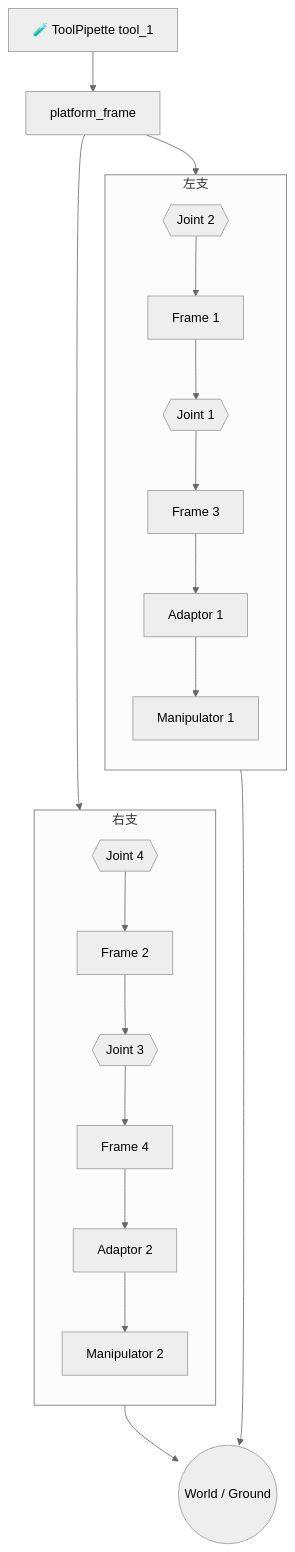
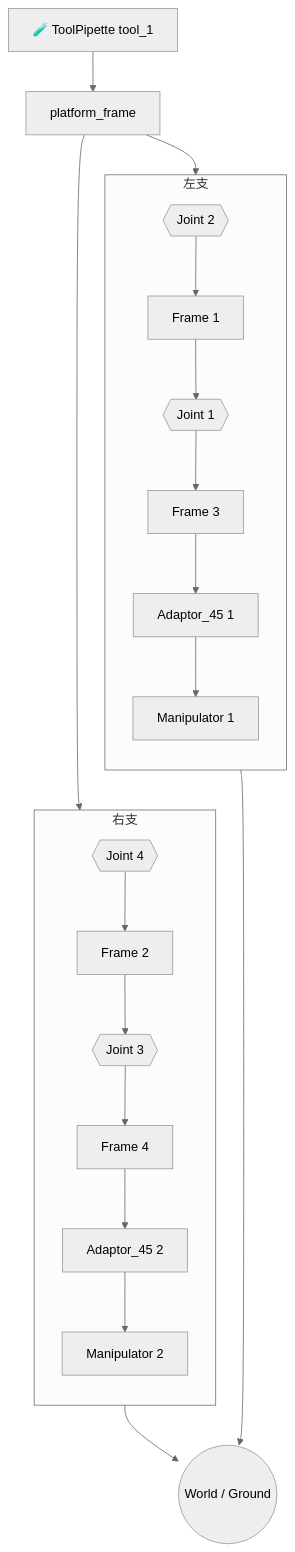
One commit to Axiom117/mrex_symbolic_kinematics changed the diagram in specs/dsl/cases/mrex_3t2r_v03/README.md. Above: the diagram before and after it, drawn with Mermaid (neutral theme). The commit also changed other lines of this file and 38 other files, not shown here.

````diff
--- a/specs/dsl/cases/mrex_3t2r_v03/README.md
+++ b/specs/dsl/cases/mrex_3t2r_v03/README.md
@@ -30,26 +30,26 @@
 ```mermaid
 flowchart TD
     tool[🧪 ToolPipette tool_1] --> pf[platform_frame]
 
     subgraph left["左支"]
         direction TB
-        j2{{Joint 2}} --> f1[Frame 1] --> j1{{Joint 1}} --> f3[Frame 3] --> a1[Adaptor 1] --> m1[Manipulator 1]
+        j2{{Joint 2}} --> f1[Frame 1] --> j1{{Joint 1}} --> f3[Frame 3] --> a1[Adaptor_45 1] --> m1[Manipulator 1]
     end
 
     subgraph right["右支"]
         direction TB
-        j4{{Joint 4}} --> f2[Frame 2] --> j3{{Joint 3}} --> f4[Frame 4] --> a2[Adaptor 2] --> m2[Manipulator 2]
+        j4{{Joint 4}} --> f2[Frame 2] --> j3{{Joint 3}} --> f4[Frame 4] --> a2[Adaptor_45 2] --> m2[Manipulator 2]
     end
 
     pf --> j2
     pf --> j4
 
     j2 ~~~ j4
     f1 ~~~ f2
     j1 ~~~ j3
     f3 ~~~ f4
     m1 ~~~ m2
 
     m1 --> ground((World / Ground))
     m2 --> ground
 ```
````
